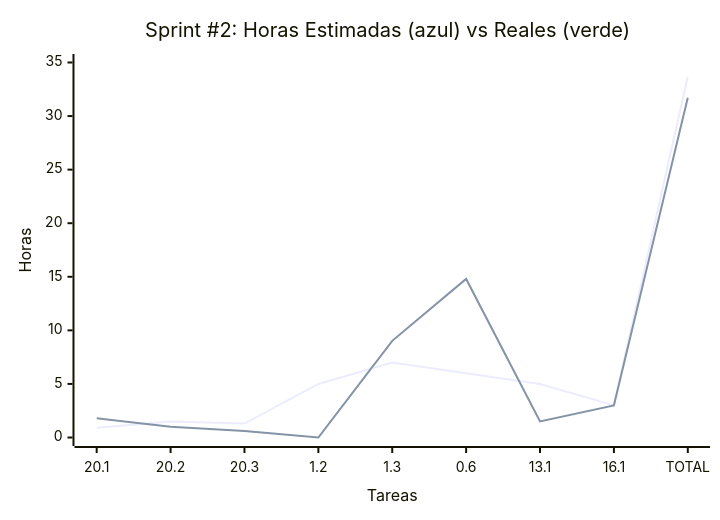
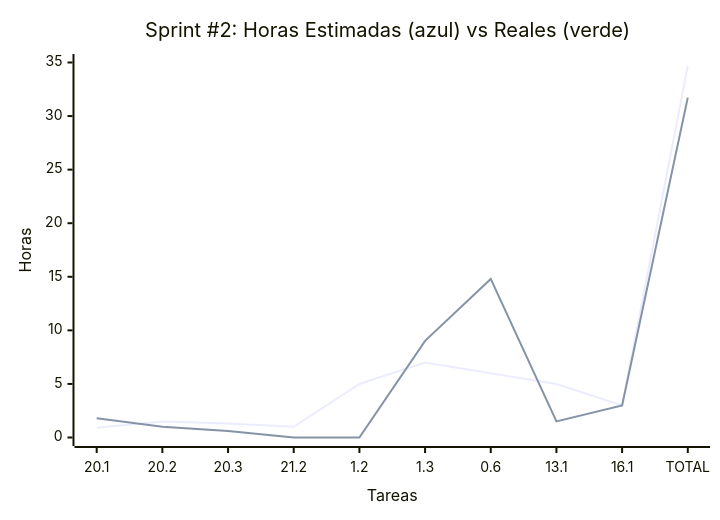
Before and after one commit to MarkMed/FleetMan: the second of 3 diagrams in docs/SprintsPlanning.md, drawn with Mermaid. The commit also changed other lines of this file, not shown here.

````diff
--- a/docs/SprintsPlanning.md
+++ b/docs/SprintsPlanning.md
@@ -98,12 +99,12 @@
 ```mermaid
 xychart-beta
     title "Sprint #2: Horas Estimadas #40;azul#41; vs Reales #40;verde#41;"
-    x-axis "Tareas" ["20.1", "20.2", "20.3", "1.2", "1.3", "0.6", "13.1", "16.1", "TOTAL"]
+    x-axis "Tareas" ["20.1", "20.2", "20.3", "21.2", "1.2", "1.3", "0.6", "13.1", "16.1", "TOTAL"]
     y-axis "Horas" 0 --> 35
 	
 	%% Green line
-    line [0.9, 1.5, 1.3, 5, 7, 6, 5, 3, 33.7]
+    line [0.9, 1.5, 1.3, 1, 5, 7, 6, 5, 3, 34.7]
 
 	%% Black line
-    line [1.8, 1, 0.6, 0, 9.02, 14.8, 1.5, 3, 31.72]
+    line [1.8, 1, 0.6, 0, 0, 9.02, 14.8, 1.5, 3, 31.72]
 ```
````
